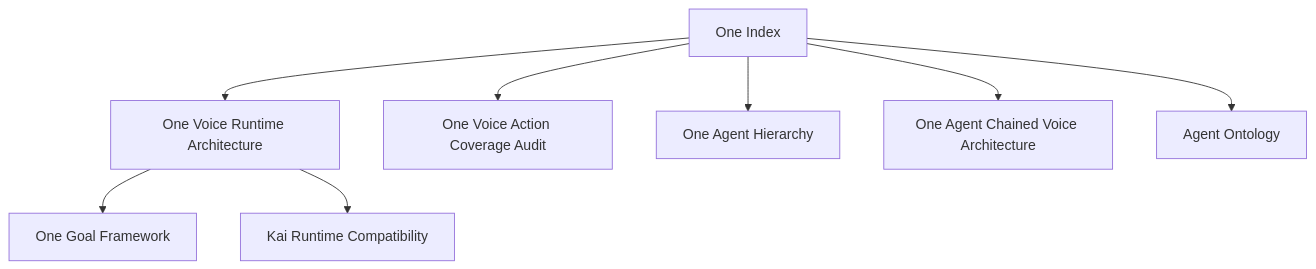
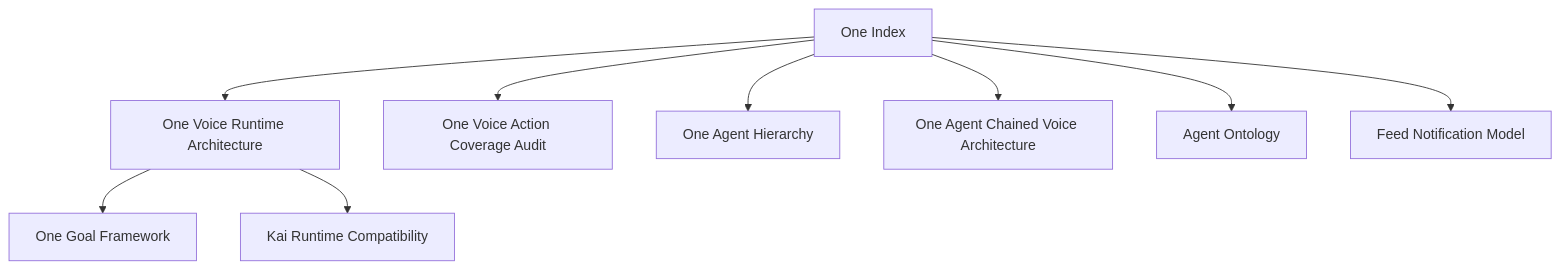
One commit to hushh-labs/hushh-research changed the diagram in docs/reference/one/README.md. Above: the diagram before and after it, drawn with Mermaid. The commit also changed other lines of this file and 77 other files, not shown here.

````diff
--- a/docs/reference/one/README.md
+++ b/docs/reference/one/README.md
@@ -5,19 +5,21 @@
 ```mermaid
 flowchart TD
   root["One Index"]
   voice["One Voice Runtime Architecture"]
   goal["One Goal Framework"]
   coverage["One Voice Action Coverage Audit"]
   hierarchy["One Agent Hierarchy"]
   chain["One Agent Chained Voice Architecture"]
   kai["Kai Runtime Compatibility"]
   ontology["Agent Ontology"]
+  feed["Feed Notification Model"]
 
   root --> voice
   voice --> goal
   root --> coverage
   root --> hierarchy
   root --> chain
   voice --> kai
   root --> ontology
+  root --> feed
 ```
````
